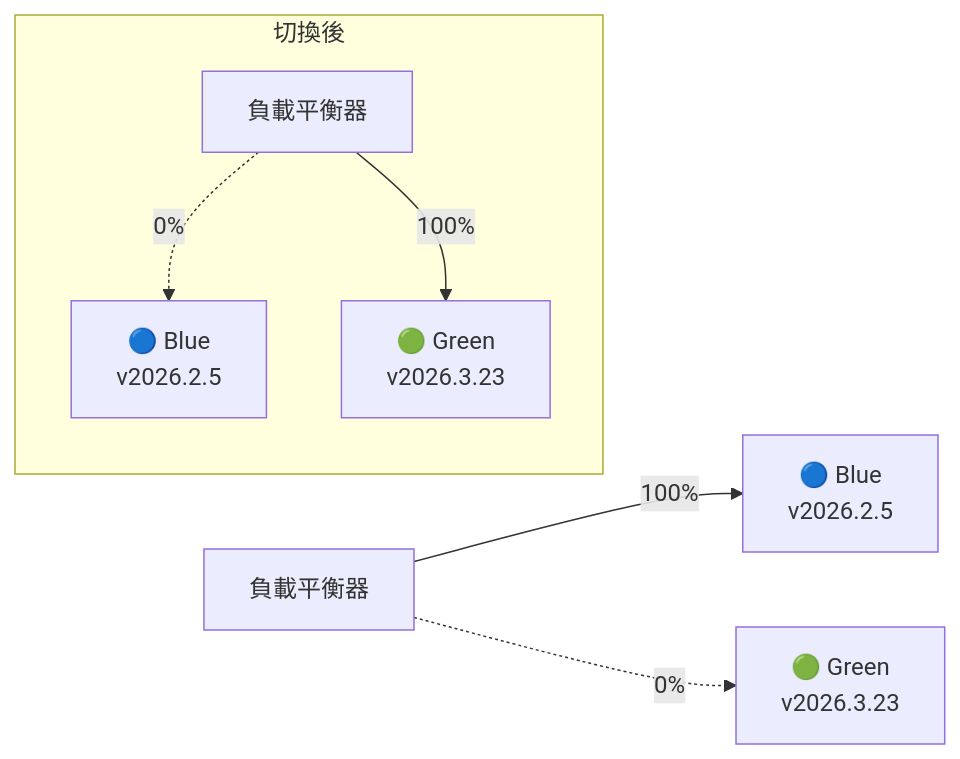
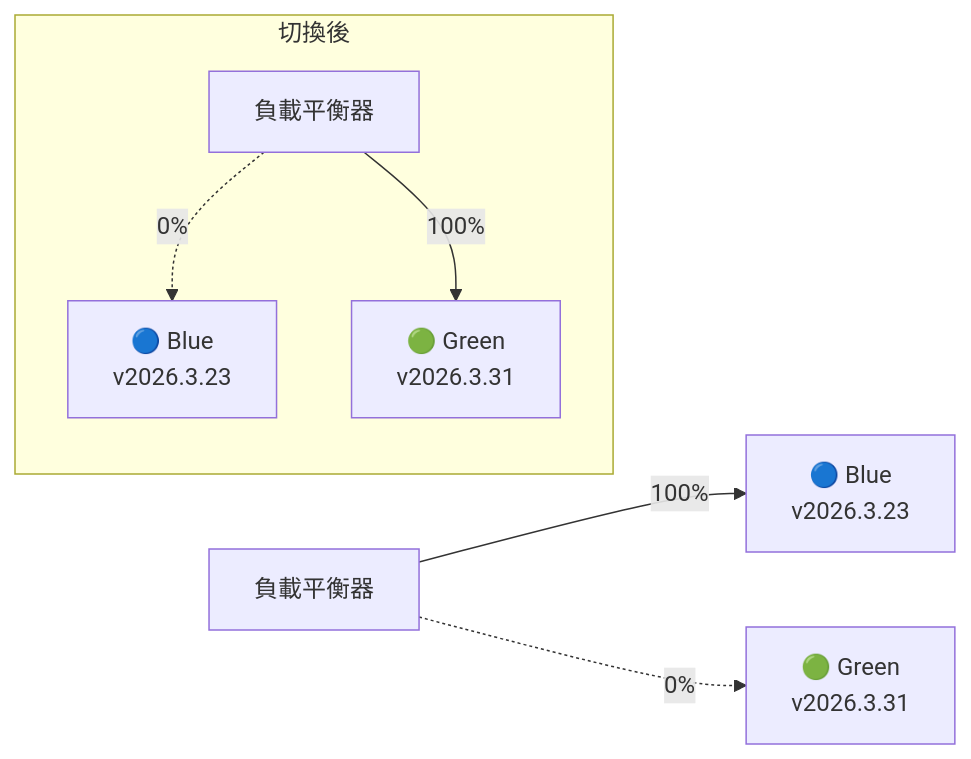
Before and after one commit to chihhung/Blog: diagram 36 of 51 in content/posts/教學/AI開發/OpenClaw生態系教學手冊.md, drawn with Mermaid. The commit also changed other lines of this file and 1 other file, not shown here.

````diff
--- a/content/posts/教學/AI開發/OpenClaw生態系教學手冊.md
+++ b/content/posts/教學/AI開發/OpenClaw生態系教學手冊.md
@@ -6111,10 +6248,10 @@
 ```mermaid
 flowchart LR
-    LB[負載平衡器] --> |100%| BLUE[🔵 Blue<br>v2026.2.5]
-    LB -.-> |0%| GREEN[🟢 Green<br>v2026.3.23]
+    LB[負載平衡器] --> |100%| BLUE[🔵 Blue<br>v2026.3.23]
+    LB -.-> |0%| GREEN[🟢 Green<br>v2026.3.31]
     
     subgraph "切換後"
-        LB2[負載平衡器] -.-> |0%| BLUE2[🔵 Blue<br>v2026.2.5]
-        LB2 --> |100%| GREEN2[🟢 Green<br>v2026.3.23]
+        LB2[負載平衡器] -.-> |0%| BLUE2[🔵 Blue<br>v2026.3.23]
+        LB2 --> |100%| GREEN2[🟢 Green<br>v2026.3.31]
     end
 ```
````
